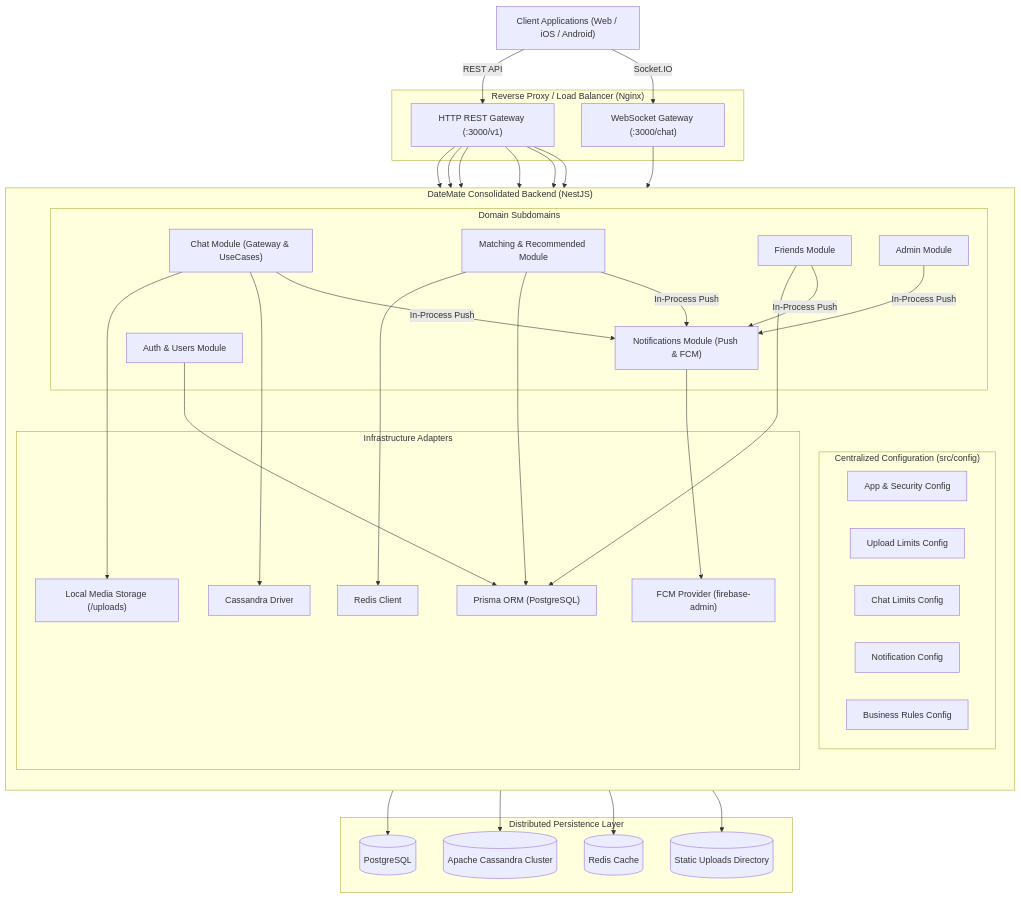
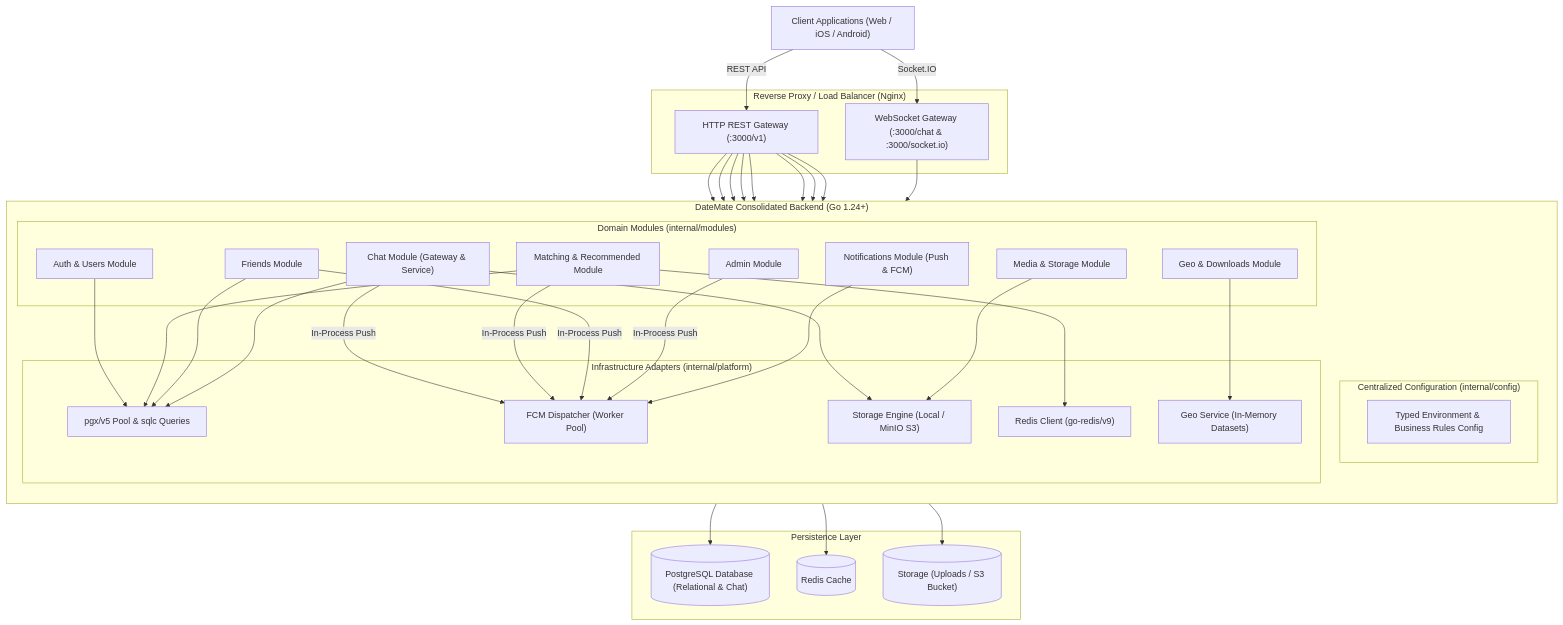
Before and after one commit to kordeviant/datemate-slim: the first of 2 diagrams in docs/CONSOLIDATED_BACKEND_ARCHITECTURE_AND_BUSINESS_RULES.md, drawn with Mermaid. The commit also changed other lines of this file and 10 other files, not shown here.

First line of the commit message:
docs: synchronize architecture and deployment guides with Go modular monolith

````diff
--- a/docs/CONSOLIDATED_BACKEND_ARCHITECTURE_AND_BUSINESS_RULES.md
+++ b/docs/CONSOLIDATED_BACKEND_ARCHITECTURE_AND_BUSINESS_RULES.md
@@ -31,74 +31,74 @@
 ```mermaid
 flowchart TD
     Client["Client Applications (Web / iOS / Android)"]
     
     subgraph Gateway ["Reverse Proxy / Load Balancer (Nginx)"]
         HTTPGateway["HTTP REST Gateway (:3000/v1)"]
-        WSGateway["WebSocket Gateway (:3000/chat)"]
+        WSGateway["WebSocket Gateway (:3000/chat & :3000/socket.io)"]
     end
 
     Client -->|REST API| HTTPGateway
     Client -->|Socket.IO| WSGateway
 
-    subgraph BackendApp ["DateMate Consolidated Backend (NestJS)"]
+    subgraph BackendApp ["DateMate Consolidated Backend (Go 1.24+)"]
         direction TB
 
-        subgraph Modules ["Domain Subdomains"]
+        subgraph Modules ["Domain Modules (internal/modules)"]
             AuthMod["Auth & Users Module"]
             MatchMod["Matching & Recommended Module"]
             FriendMod["Friends Module"]
-            ChatMod["Chat Module (Gateway & UseCases)"]
+            ChatMod["Chat Module (Gateway & Service)"]
             NotifMod["Notifications Module (Push & FCM)"]
             AdminMod["Admin Module"]
+            MediaMod["Media & Storage Module"]
+            GeoMod["Geo & Downloads Module"]
         end
 
-        subgraph ConfigCore ["Centralized Configuration (src/config)"]
-            AppCfg["App & Security Config"]
-            UploadCfg["Upload Limits Config"]
-            ChatCfg["Chat Limits Config"]
-            NotifCfg["Notification Config"]
-            BizCfg["Business Rules Config"]
+        subgraph ConfigCore ["Centralized Configuration (internal/config)"]
+            Cfg["Typed Environment & Business Rules Config"]
         end
 
-        subgraph InfraServices ["Infrastructure Adapters"]
-            PrismaSvc["Prisma ORM (PostgreSQL)"]
-            CassandraSvc["Cassandra Driver"]
-            FCMSvc["FCM Provider (firebase-admin)"]
-            RedisSvc["Redis Client"]
-            StorageSvc["Local Media Storage (/uploads)"]
+        subgraph InfraServices ["Infrastructure Adapters (internal/platform)"]
+            PgxPool["pgx/v5 Pool & sqlc Queries"]
+            FCMDispatcher["FCM Dispatcher (Worker Pool)"]
+            RedisClient["Redis Client (go-redis/v9)"]
+            StorageEngine["Storage Engine (Local / MinIO S3)"]
+            GeoService["Geo Service (In-Memory Datasets)"]
         end
     end
 
     HTTPGateway --> AuthMod
     HTTPGateway --> MatchMod
     HTTPGateway --> FriendMod
     HTTPGateway --> ChatMod
     HTTPGateway --> NotifMod
     HTTPGateway --> AdminMod
+    HTTPGateway --> MediaMod
+    HTTPGateway --> GeoMod
     WSGateway --> ChatMod
 
-    ChatMod -->|In-Process Push| NotifMod
-    MatchMod -->|In-Process Push| NotifMod
-    FriendMod -->|In-Process Push| NotifMod
-    AdminMod -->|In-Process Push| NotifMod
+    ChatMod -->|In-Process Push| FCMDispatcher
+    MatchMod -->|In-Process Push| FCMDispatcher
+    FriendMod -->|In-Process Push| FCMDispatcher
+    AdminMod -->|In-Process Push| FCMDispatcher
 
-    AuthMod --> PrismaSvc
-    MatchMod --> PrismaSvc
-    FriendMod --> PrismaSvc
-    ChatMod --> CassandraSvc
-    ChatMod --> StorageSvc
-    NotifMod --> FCMSvc
-    MatchMod --> RedisSvc
+    AuthMod --> PgxPool
+    MatchMod --> PgxPool
+    FriendMod --> PgxPool
+    ChatMod --> PgxPool
+    ChatMod --> StorageEngine
+    MediaMod --> StorageEngine
+    NotifMod --> FCMDispatcher
+    MatchMod --> RedisClient
+    GeoMod --> GeoService
 
-    subgraph DataStores ["Distributed Persistence Layer"]
-        PostgresDB[("PostgreSQL")]
-        CassandraCluster[("Apache Cassandra Cluster")]
+    subgraph DataStores ["Persistence Layer"]
+        PostgresDB[("PostgreSQL Database (Relational & Chat)")]
         RedisDB[("Redis Cache")]
-        DiskStorage[("Static Uploads Directory")]
+        DiskStorage[("Storage (Uploads / S3 Bucket)")]
     end
 
-    PrismaSvc --> PostgresDB
-    CassandraSvc --> CassandraCluster
-    RedisSvc --> RedisDB
-    StorageSvc --> DiskStorage
+    PgxPool --> PostgresDB
+    RedisClient --> RedisDB
+    StorageEngine --> DiskStorage
 ```
````
